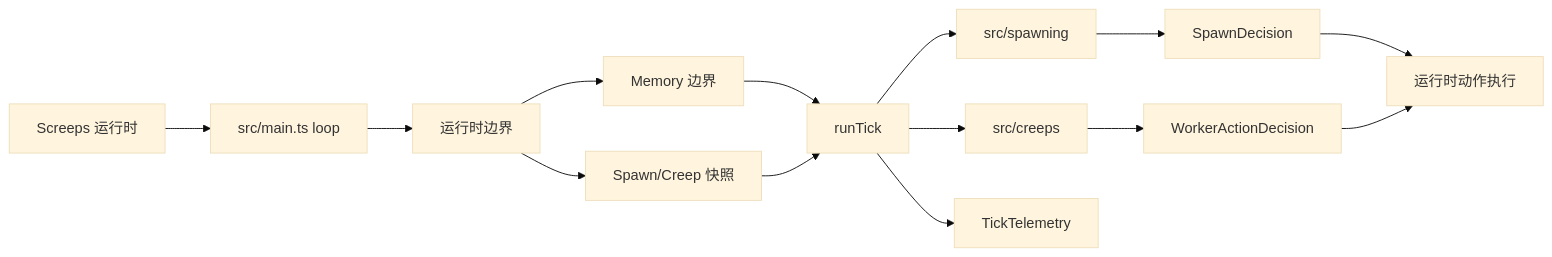
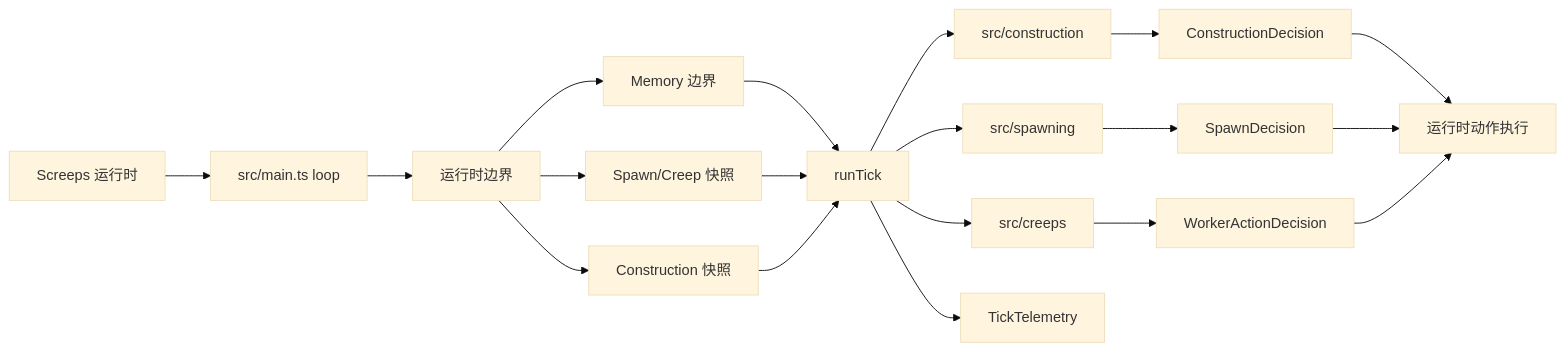
One commit to Hime-Hina/ScreepsScripts changed the diagram in docs/architecture.md. Above: the diagram before and after it, drawn with Mermaid (base theme). The commit also changed other lines of this file and 16 other files, not shown here.

````diff
--- a/docs/architecture.md
+++ b/docs/architecture.md
@@ -5,16 +5,21 @@
 ```mermaid
 flowchart LR
   Screeps["Screeps 运行时"] --> Main["src/main.ts loop"]
   Main --> Boundary["运行时边界"]
   Boundary --> Memory["Memory 边界"]
   Boundary --> SpawnSnapshot["Spawn/Creep 快照"]
+  Boundary --> ConstructionSnapshot["Construction 快照"]
   Memory --> Kernel["runTick"]
   SpawnSnapshot --> Kernel
+  ConstructionSnapshot --> Kernel
+  Kernel --> Construction["src/construction"]
   Kernel --> Spawning["src/spawning"]
   Kernel --> Creeps["src/creeps"]
+  Construction --> ConstructionDecision["ConstructionDecision"]
   Spawning --> SpawnDecision["SpawnDecision"]
   Creeps --> WorkerDecision["WorkerActionDecision"]
+  ConstructionDecision --> Actions["运行时动作执行"]
   SpawnDecision --> Actions["运行时动作执行"]
   WorkerDecision --> Actions
   Kernel --> Telemetry["TickTelemetry"]
 ```
````
